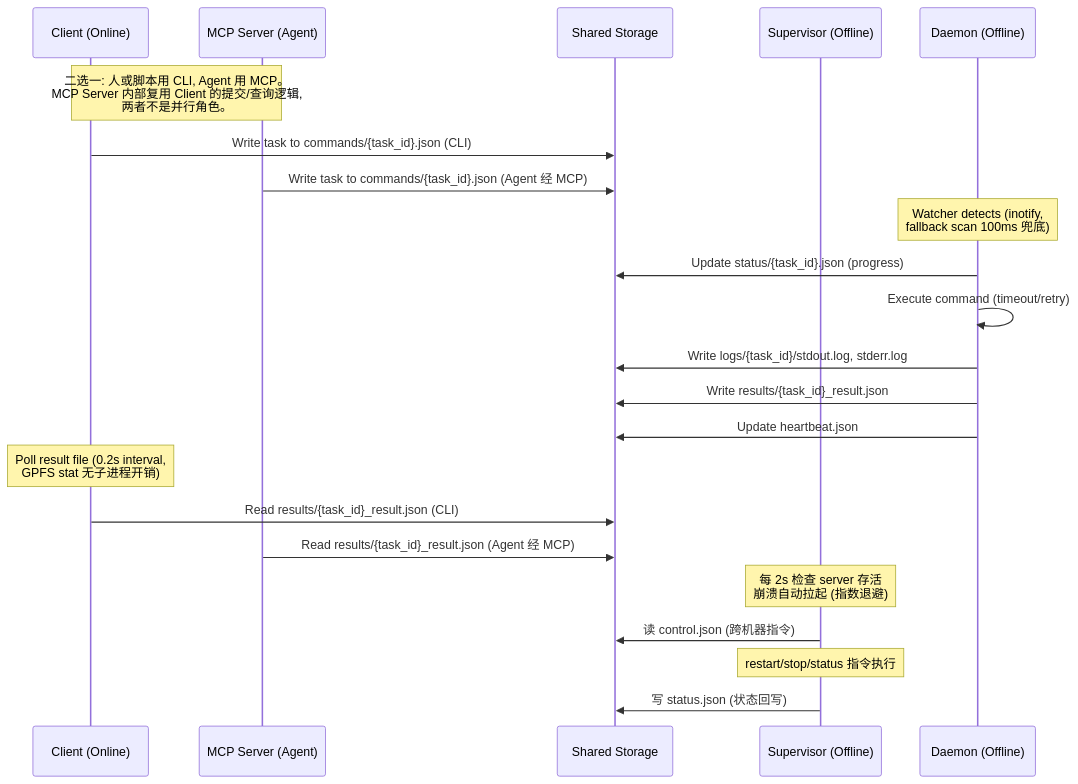
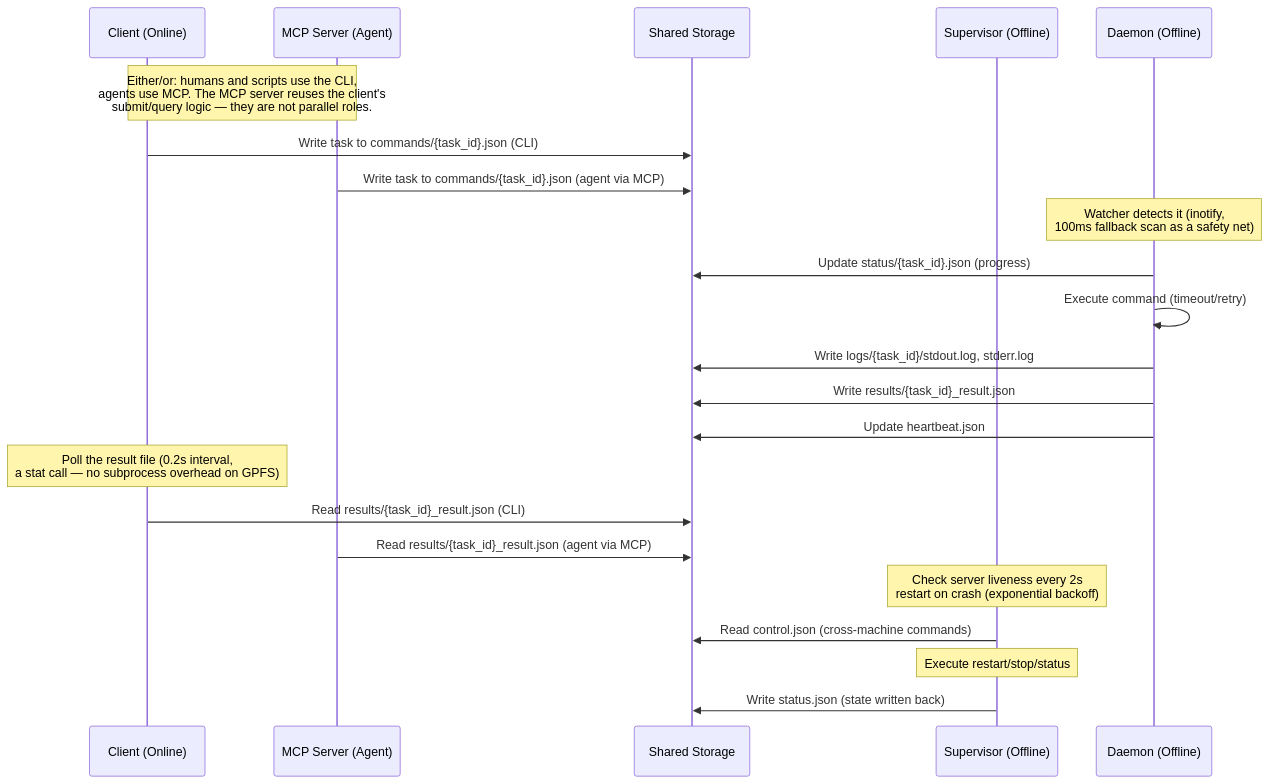
One commit to peterlau123/bifrost changed the third of 3 diagrams in README.md. Above: the diagram before and after it, drawn with Mermaid. The commit also changed other lines of this file and 1 other file, not shown here.

````diff
--- a/README.md
+++ b/README.md
@@ -176,25 +176,25 @@
 ```mermaid
 sequenceDiagram
     participant C as Client (Online)
     participant M as MCP Server (Agent)
     participant S as Shared Storage
     participant V as Supervisor (Offline)
     participant D as Daemon (Offline)
-    
-    Note over C,M: 二选一: 人或脚本用 CLI, Agent 用 MCP。<br/>MCP Server 内部复用 Client 的提交/查询逻辑,<br/>两者不是并行角色。
+
+    Note over C,M: Either/or: humans and scripts use the CLI,<br/>agents use MCP. The MCP server reuses the client's<br/>submit/query logic — they are not parallel roles.
     C->>S: Write task to commands/{task_id}.json (CLI)
-    M->>S: Write task to commands/{task_id}.json (Agent 经 MCP)
-    Note over D: Watcher detects (inotify,<br/>fallback scan 100ms 兜底)
+    M->>S: Write task to commands/{task_id}.json (agent via MCP)
+    Note over D: Watcher detects it (inotify,<br/>100ms fallback scan as a safety net)
     D->>S: Update status/{task_id}.json (progress)
     D->>D: Execute command (timeout/retry)
     D->>S: Write logs/{task_id}/stdout.log, stderr.log
     D->>S: Write results/{task_id}_result.json
     D->>S: Update heartbeat.json
-    Note over C: Poll result file (0.2s interval,<br/>GPFS stat 无子进程开销)
+    Note over C: Poll the result file (0.2s interval,<br/>a stat call — no subprocess overhead on GPFS)
     C->>S: Read results/{task_id}_result.json (CLI)
-    M->>S: Read results/{task_id}_result.json (Agent 经 MCP)
-    Note over V: 每 2s 检查 server 存活<br/>崩溃自动拉起 (指数退避)
-    V->>S: 读 control.json (跨机器指令)
-    Note over V: restart/stop/status 指令执行
-    V->>S: 写 status.json (状态回写)
+    M->>S: Read results/{task_id}_result.json (agent via MCP)
+    Note over V: Check server liveness every 2s<br/>restart on crash (exponential backoff)
+    V->>S: Read control.json (cross-machine commands)
+    Note over V: Execute restart/stop/status
+    V->>S: Write status.json (state written back)
 ```
````
